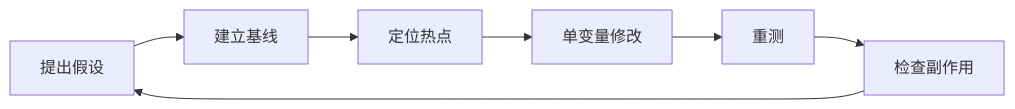
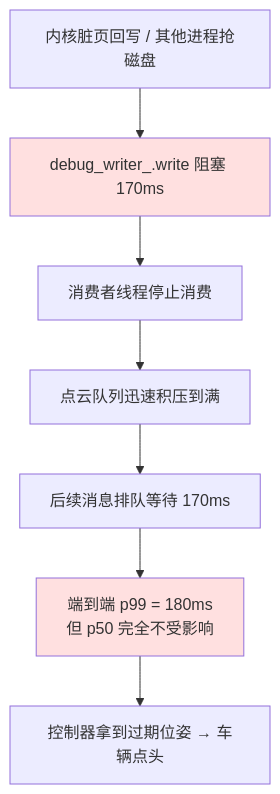
One commit to cavemancave/mw-study changed the fourth of 4 diagrams in docs/chapter6.md. Above: the diagram before and after it, drawn with Mermaid. The commit also changed other lines of this file and 4 other files, not shown here.

````diff
--- a/docs/chapter6.md
+++ b/docs/chapter6.md
@@ -111,4 +1078,11 @@
 ```mermaid
-flowchart LR
-    H[提出假设] --> B[建立基线] --> L[定位热点] --> M[单变量修改] --> R[重测] --> S[检查副作用] --> H
+flowchart TD
+    A[内核脏页回写 / 其他进程抢磁盘] --> B[debug_writer_.write 阻塞 170ms]
+    B --> C[消费者线程停止消费]
+    C --> D[点云队列迅速积压到满]
+    D --> E[后续消息排队等待 170ms]
+    E --> F[端到端 p99 = 180ms<br/>但 p50 完全不受影响]
+    F --> G[控制器拿到过期位姿 → 车辆点头]
+    style B fill:#ffe0e0
+    style F fill:#ffe0e0
 ```
````
